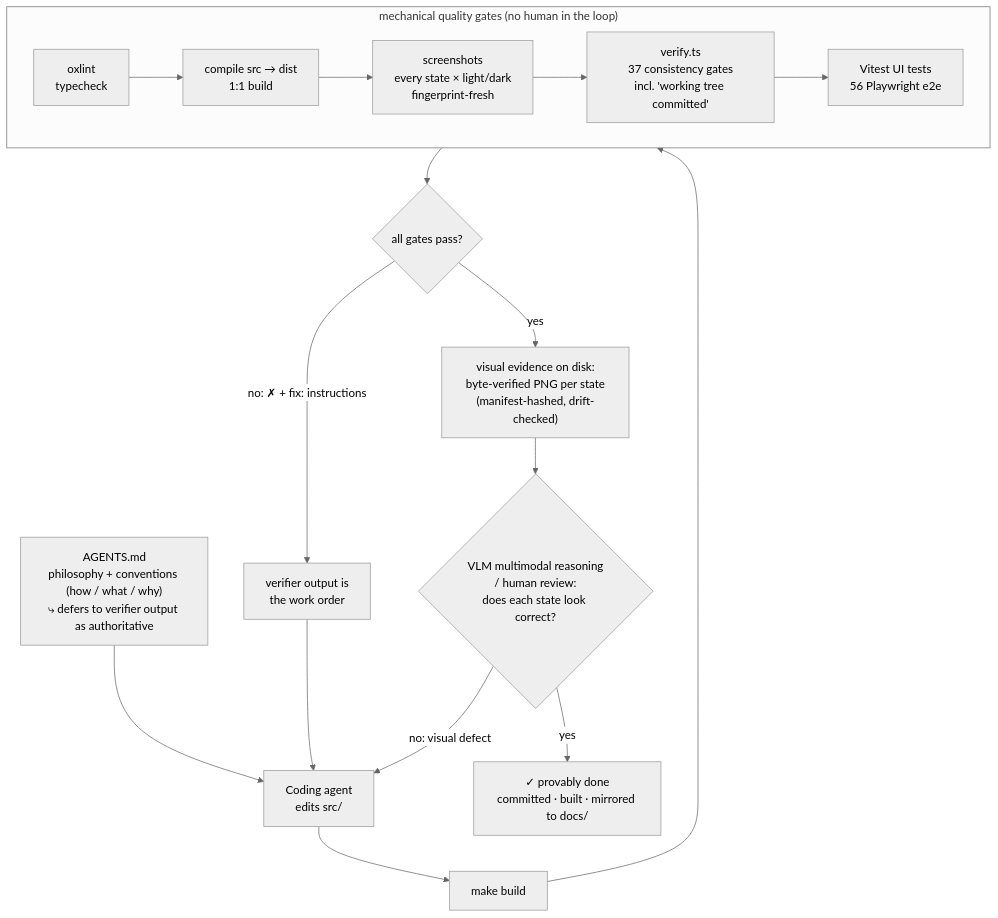
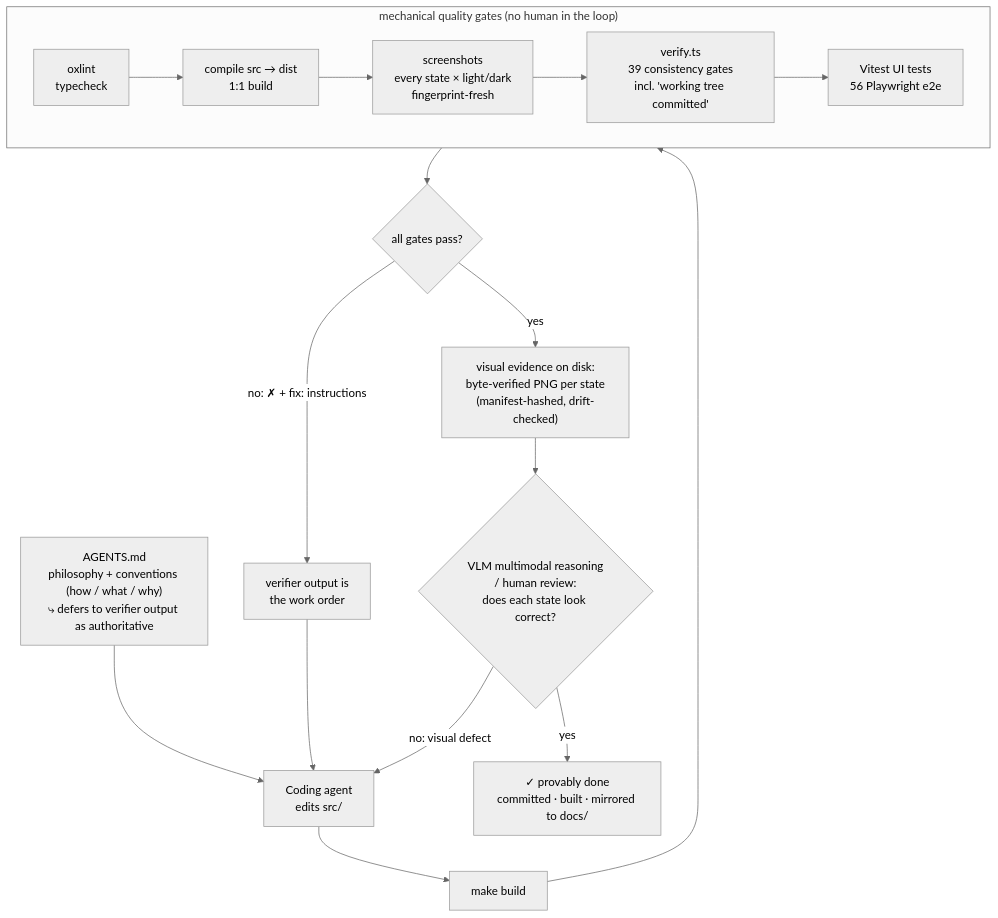
One commit to Mansi1/defuss-shadcn changed the diagram in ARCH.md. Above: the diagram before and after it, drawn with Mermaid (neutral theme). The commit also changed other lines of this file and 11 other files, not shown here.

Commit message:
verify: changelog ↔ version gate — committed package.json version requires its changelog entry, carrying the entry commit's git hash once available (two-commit rule, see AGENTS.md); v0.7.14 entry added (first release after the fork from codylindley/shadcn-html)

````diff
--- a/ARCH.md
+++ b/ARCH.md
@@ -101,19 +103,19 @@
 ```mermaid
 flowchart TD
     A["AGENTS.md<br/>philosophy + conventions (how / what / why)<br/>⤷ defers to verifier output as authoritative"] --> B["Coding agent<br/>edits src/"]
 
     B --> C["make build"]
     subgraph GATES["mechanical quality gates (no human in the loop)"]
         direction LR
-        L["oxlint<br/>typecheck"] --> P["compile src → dist<br/>1:1 build"] --> SS["screenshots<br/>every state × light/dark<br/>fingerprint-fresh"] --> V["verify.ts<br/>37 consistency gates<br/>incl. 'working tree committed'"] --> Q["Vitest UI tests<br/>56 Playwright e2e"]
+        L["oxlint<br/>typecheck"] --> P["compile src → dist<br/>1:1 build"] --> SS["screenshots<br/>every state × light/dark<br/>fingerprint-fresh"] --> V["verify.ts<br/>39 consistency gates<br/>incl. 'working tree committed'"] --> Q["Vitest UI tests<br/>56 Playwright e2e"]
     end
     C --> GATES
 
     Q --> W{"all gates pass?"}
     W -- "no: ✗ + fix: instructions" --> X["verifier output is<br/>the work order"] --> B
 
     W -- "yes" --> E["visual evidence on disk:<br/>byte-verified PNG per state<br/>(manifest-hashed, drift-checked)"]
     E --> M{"VLM multimodal reasoning<br/>/ human review:<br/>does each state look correct?"}
     M -- "no: visual defect" --> B
     M -- yes --> G["✓ provably done<br/>committed · built · mirrored to docs/"]
 ```
````
